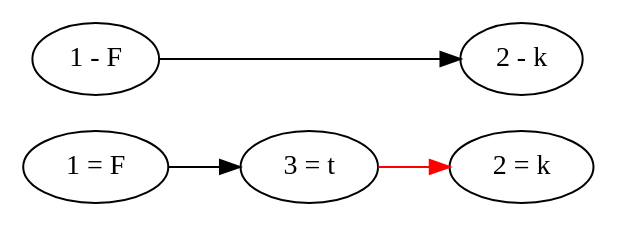
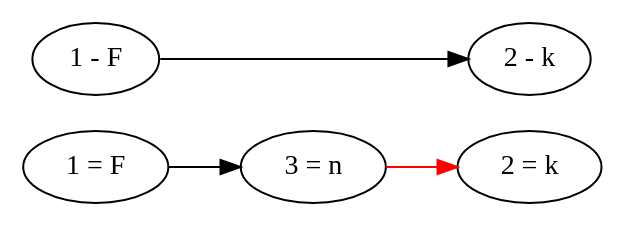
Before and after one commit to nossidge/zelda: the diagram in data/grammar/rules/parallel_chain_08.dot, drawn with Graphviz. The commit also changed 6 other files, not shown here.

```diff
--- a/data/grammar/rules/parallel_chain_08.dot
+++ b/data/grammar/rules/parallel_chain_08.dot
@@ -1,24 +1,24 @@
 digraph parallel_chain_06 {
 
 
   # Weirdly, if you specify horizontal direction, you
   #   have to put the new nodes before the old nodes.
   rankdir="LR";
 
 
   # New node relations.
-  "1 = F" -> "3 = t"
-  "3 = t" -> "2 = k" [color = red]
+  "1 = F" -> "3 = n"
+  "3 = n" -> "2 = k" [color = red]
 
 
   # Old node relations.
   "1 - F" -> "2 - k"
 
 
   # Just a visual thing.
   # Make the nodes with the same ID show in the same position.
   { rank=same; "1 - F"; "1 = F"; }
   { rank=same; "2 - k"; "2 = k"; }
 
 
 }
```
